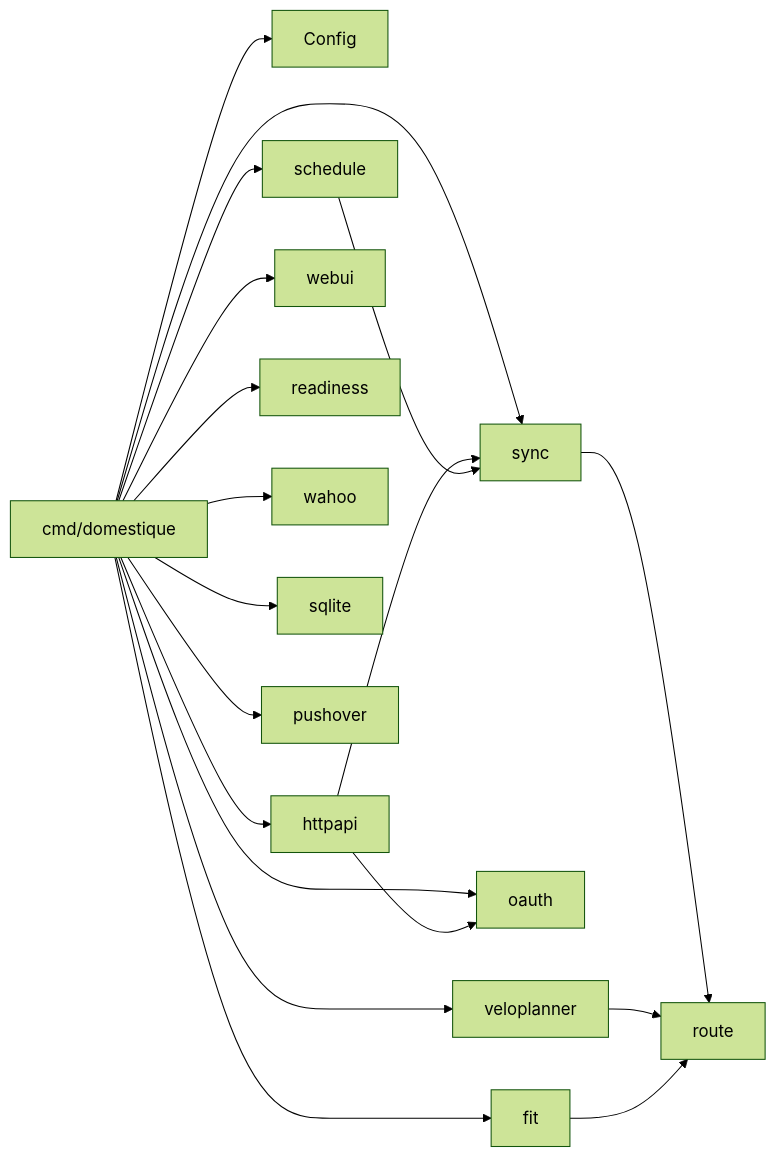
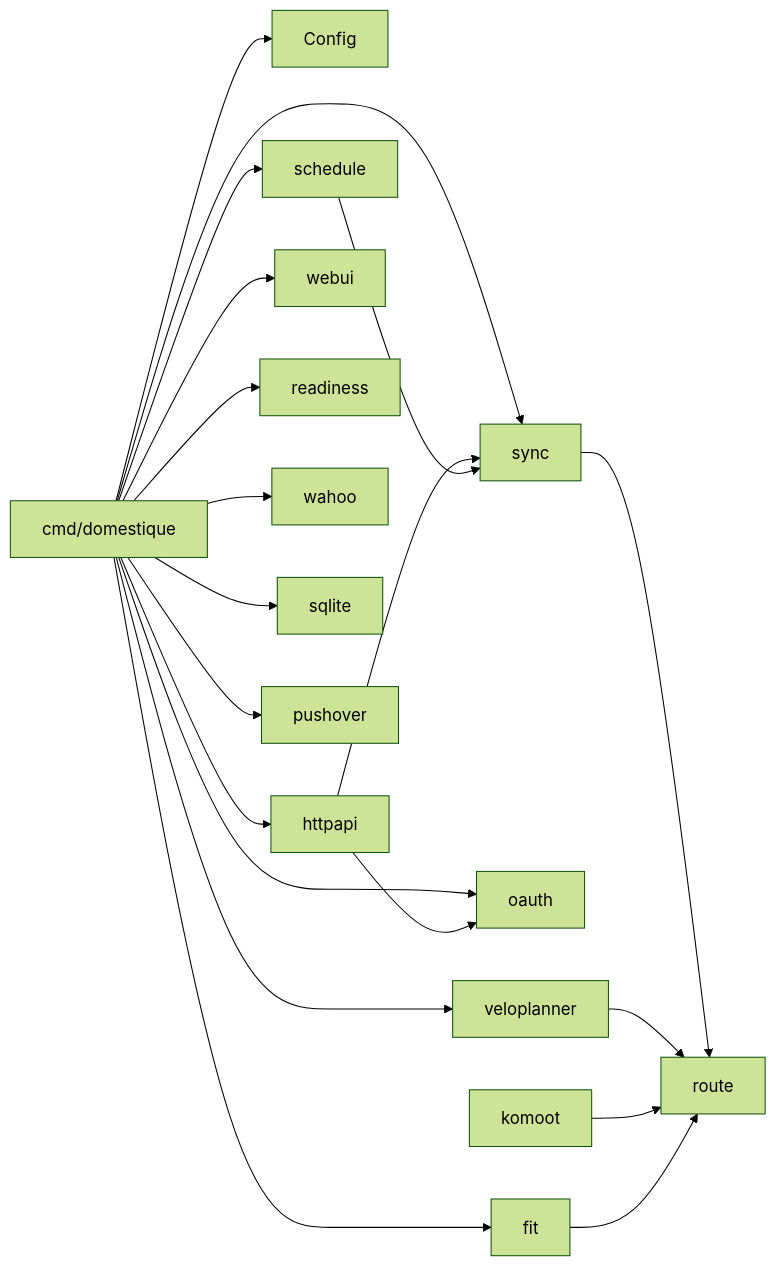
One commit to nobbs/domestique changed the diagram in docs/specs/implementation-architecture.md. Above: the diagram before and after it, drawn with Mermaid (forest theme). The commit also changed other lines of this file and 6 other files, not shown here.

```diff
--- a/docs/specs/implementation-architecture.md
+++ b/docs/specs/implementation-architecture.md
@@ -230,26 +232,27 @@
 ~~~mermaid
 flowchart LR
     Main["cmd/domestique"] --> Config
     Main --> HTTP
     Main --> Schedule
     Main --> Sync
     Main --> OAuth
 
     HTTP["httpapi"] --> Sync["sync"]
     HTTP --> OAuth["oauth"]
     Schedule["schedule"] --> Sync
 
     Main --> WebUI["webui"]
     Main --> Readiness["readiness"]
 
     Sync --> Route["route"]
 
     VP["veloplanner"] --> Route
+    Komoot["komoot"] --> Route
     FIT["fit"] --> Route
 
     Main --> VP
     Main --> FIT
     Main --> Wahoo["wahoo"]
     Main --> SQLite["sqlite"]
     Main --> Pushover["pushover"]
 ~~~
```
